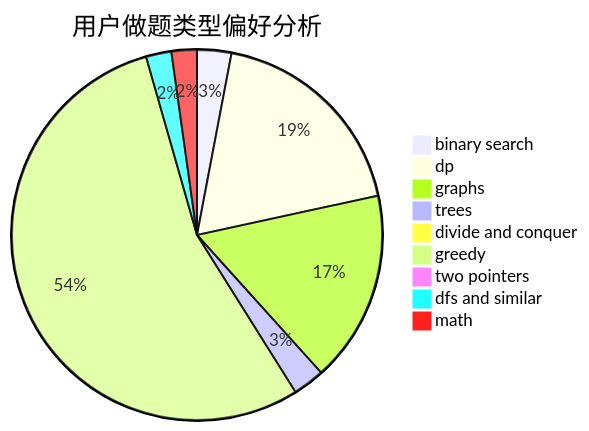
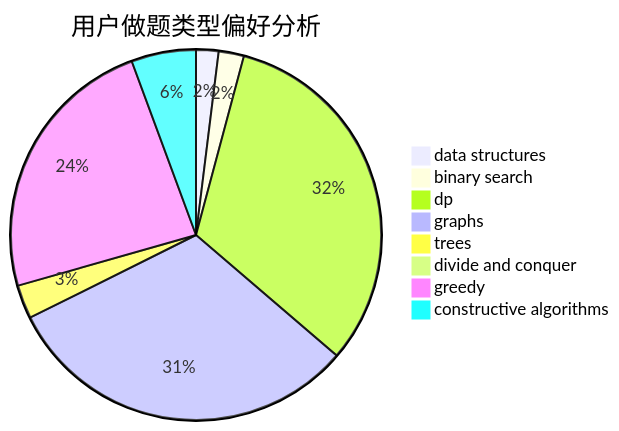
The second of 3 diagrams in docs/user/u2488.md (sherpahu/cfrs.github.io), drawn with Mermaid before and after one commit. The commit also changed other lines of this file and 2775 other files, not shown here.

````diff
--- a/docs/user/u2488.md
+++ b/docs/user/u2488.md
@@ -23,12 +23,11 @@
 ```mermaid
 pie title 用户做题类型偏好分析
-    "binary search" :  27
-    "dp" :  168
-    "graphs" :  151
-    "trees" :  25
+    "data structures" :  8
+    "binary search" :  9
+    "dp" :  131
+    "graphs" :  128
+    "trees" :  12
     "divide and conquer" :  0
-    "greedy" :  492
-    "two pointers" :  0
-    "dfs and similar" :  20
-    "math" :  20
+    "greedy" :  97
+    "constructive algorithms" :  23
 ```
````
